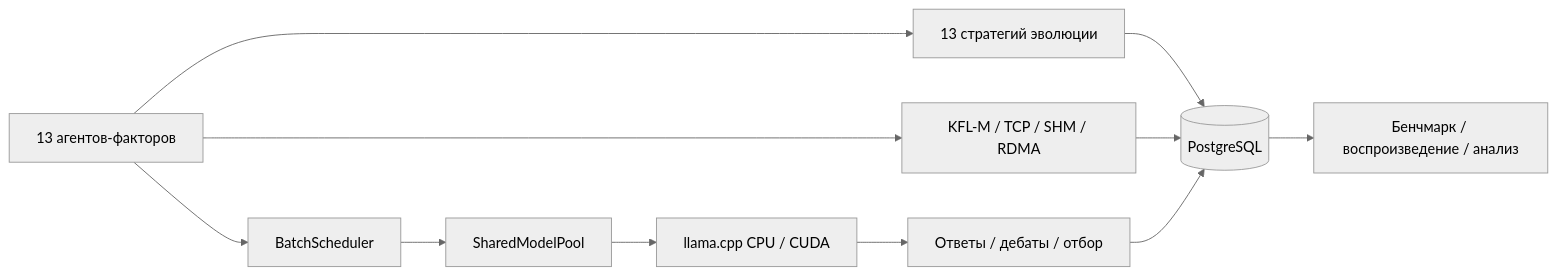
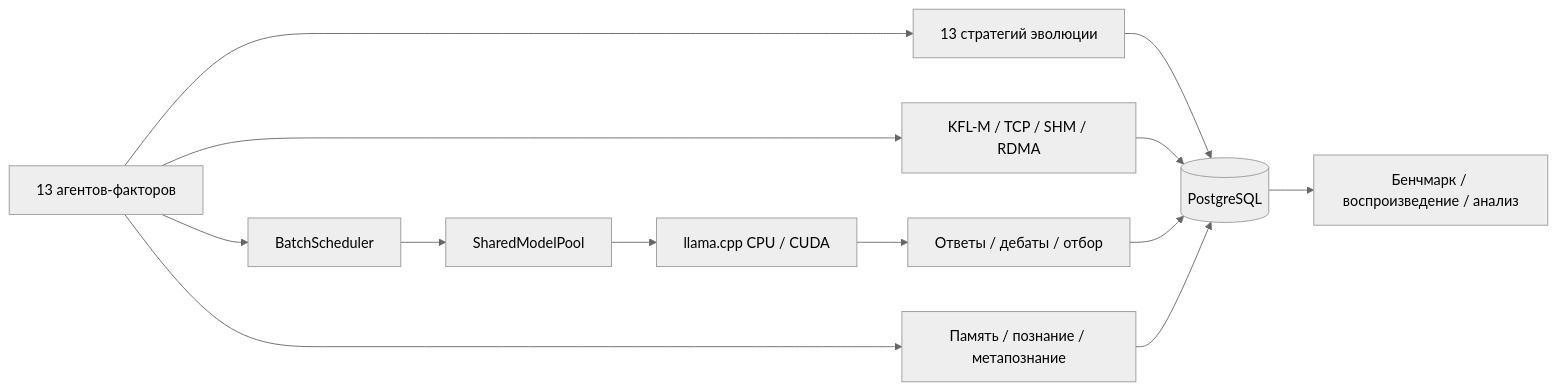
Before and after one commit to TanLB3396059837/civilization-spark: the diagram in README.ru.md, drawn with Mermaid (neutral theme). The commit also changed other lines of this file and 26 other files, not shown here.

````diff
--- a/README.ru.md
+++ b/README.ru.md
@@ -57,13 +59,15 @@
 ```mermaid
 flowchart LR
     A[13 агентов-факторов] --> B[BatchScheduler]
     B --> C[SharedModelPool]
     C --> D[llama.cpp CPU / CUDA]
     A --> E[13 стратегий эволюции]
     A --> F[KFL-M / TCP / SHM / RDMA]
     E --> G[(PostgreSQL)]
     F --> G
     D --> H[Ответы / дебаты / отбор]
     H --> G
+    A --> M[Память / познание / метапознание]
+    M --> G
     G --> I[Бенчмарк / воспроизведение / анализ]
 ```
````
